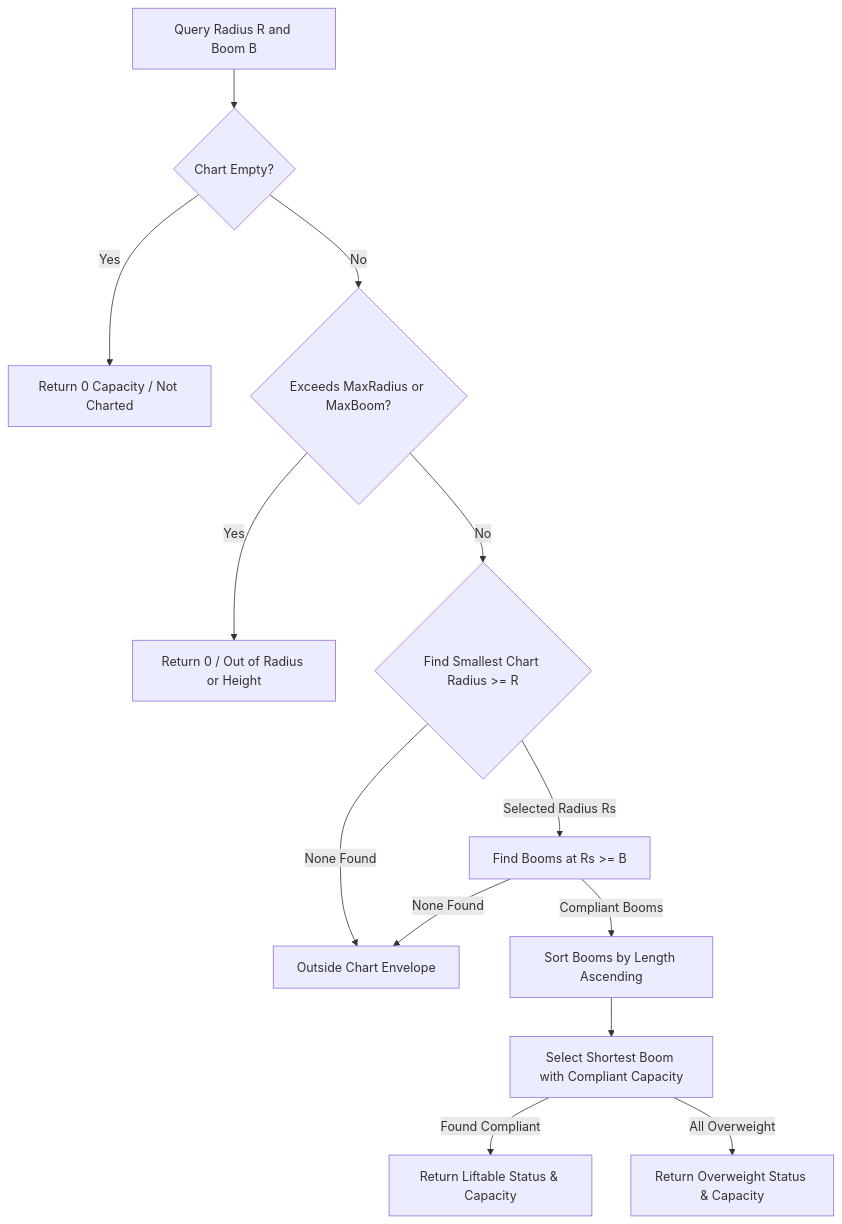
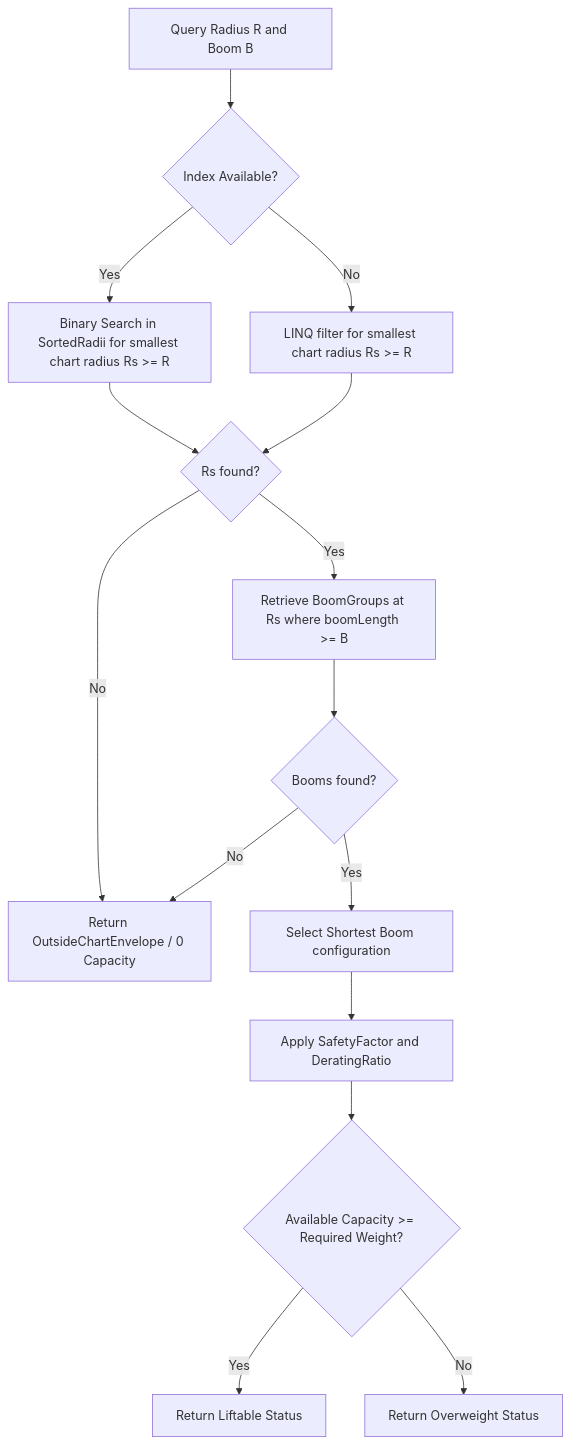
Before and after one commit to ITI-intake46/CranePathOptimizer: the diagram in docs/domain/crane-engine.md, drawn with Mermaid. The commit also changed other lines of this file and 13 other files, not shown here.

````diff
--- a/docs/domain/crane-engine.md
+++ b/docs/domain/crane-engine.md
@@ -22,15 +21,23 @@
 ```mermaid
 graph TD
-    Query[Query Radius R and Boom B] --> CheckEmpty{Chart Empty?}
-    CheckEmpty -- Yes --> Fail[Return 0 Capacity / Not Charted]
-    CheckEmpty -- No --> ReachCheck{Exceeds MaxRadius or MaxBoom?}
-    ReachCheck -- Yes --> FailReach[Return 0 / Out of Radius or Height]
-    ReachCheck -- No --> FindRadius{Find Smallest Chart Radius >= R}
-    FindRadius -- None Found --> FailEnvelope[Outside Chart Envelope]
-    FindRadius -- Selected Radius Rs --> FilterBooms[Find Booms at Rs >= B]
-    FilterBooms -- None Found --> FailEnvelope
-    FilterBooms -- Compliant Booms --> SortBooms[Sort Booms by Length Ascending]
-    SortBooms --> SelectShortest[Select Shortest Boom with Compliant Capacity]
-    SelectShortest -- Found Compliant --> Success[Return Liftable Status & Capacity]
-    SelectShortest -- All Overweight --> Overweight[Return Overweight Status & Capacity]
+    Query[Query Radius R and Boom B] --> CheckIndex{Index Available?}
+    
+    CheckIndex -- Yes --> BinSearch[Binary Search in SortedRadii for smallest chart radius Rs >= R]
+    CheckIndex -- No --> LegacyScan[LINQ filter for smallest chart radius Rs >= R]
+    
+    BinSearch --> CheckRs{Rs found?}
+    LegacyScan --> CheckRs
+    
+    CheckRs -- No --> OutEnvelope[Return OutsideChartEnvelope / 0 Capacity]
+    CheckRs -- Yes --> FilterBooms[Retrieve BoomGroups at Rs where boomLength >= B]
+    
+    FilterBooms --> CheckBooms{Booms found?}
+    CheckBooms -- No --> OutEnvelope
+    
+    CheckBooms -- Yes --> ShortestBoom[Select Shortest Boom configuration]
+    ShortestBoom --> ApplyMultipliers[Apply SafetyFactor and DeratingRatio]
+    ApplyMultipliers --> CompareWT{Available Capacity >= Required Weight?}
+    
+    CompareWT -- Yes --> Liftable[Return Liftable Status]
+    CompareWT -- No --> Overweight[Return Overweight Status]
 ```
````
